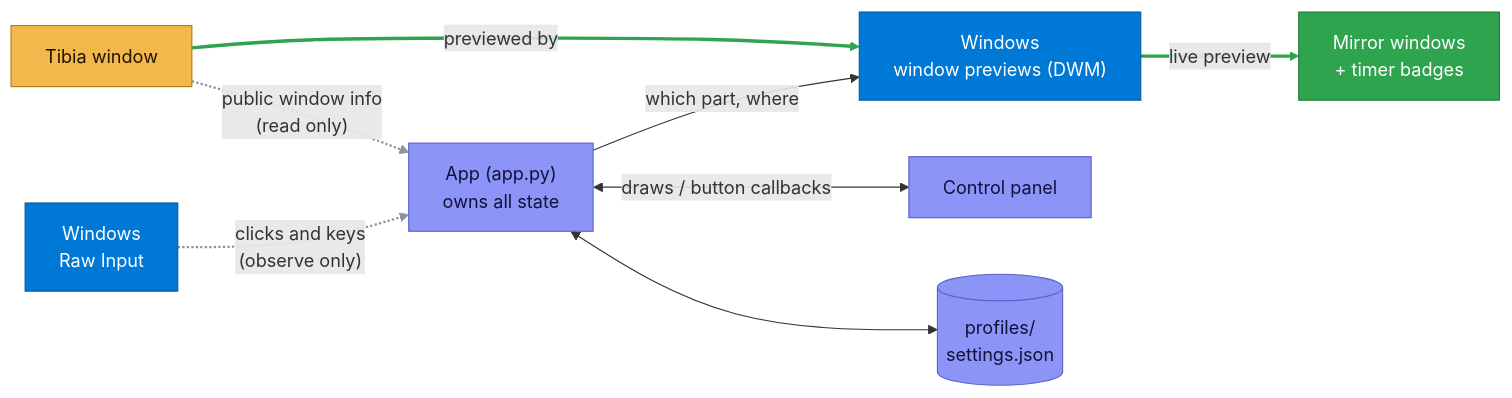
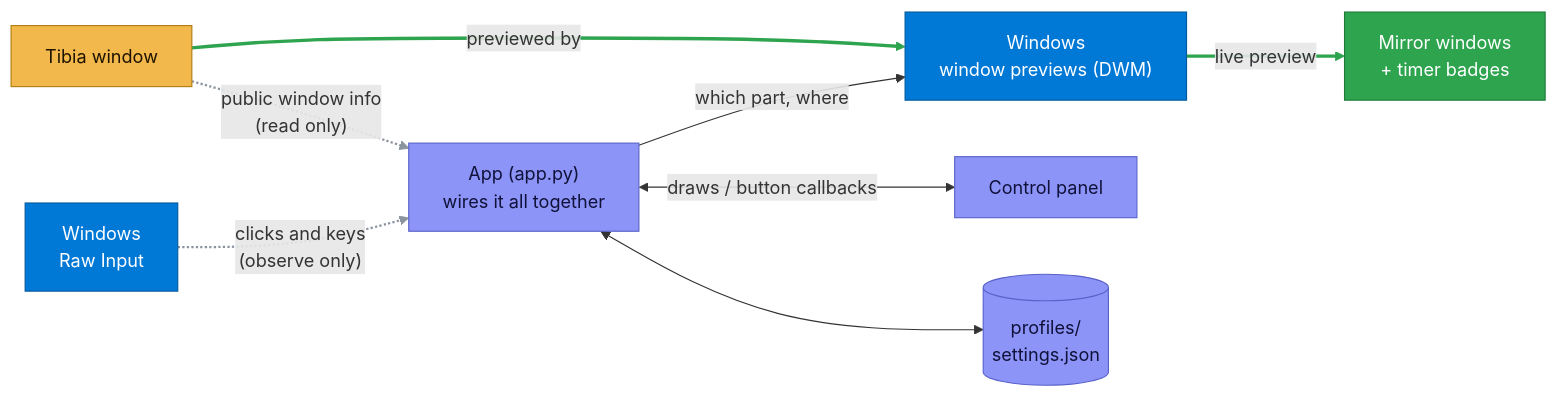
Before and after one commit to micky-mirror/tibia-mirror: the diagram in docs/architecture.md, drawn with Mermaid. The commit also changed other lines of this file, not shown here.

Commit message:
Describe services and the import rule in the architecture doc

````diff
--- a/docs/architecture.md
+++ b/docs/architecture.md
@@ -8,22 +8,22 @@
 ```mermaid
 %%{init: {"themeCSS": "span.edgeLabel p { padding: 3px 7px; }"}}%%
 flowchart LR
     Tibia["Tibia window"] -->|"previewed by"| DWM["Windows<br>window previews (DWM)"]
     DWM -->|"live preview"| Mirrors["Mirror windows<br>+ timer badges"]
-    App["App (app.py)<br>owns all state"] -->|"which part, where"| DWM
+    App["App (app.py)<br>wires it all together"] -->|"which part, where"| DWM
     Tibia -.->|"public window info<br>(read only)"| App
     Raw["Windows<br>Raw Input"] -.->|"clicks and keys<br>(observe only)"| App
     App <-->|"draws / button callbacks"| Panel["Control panel"]
     App <--> Data[("profiles/<br>settings.json")]
 
     classDef game fill:#f2b84b,stroke:#b07d12,color:#1f1300
     classDef windows fill:#0078d6,stroke:#005a9e,color:#ffffff
     classDef app fill:#8c94f7,stroke:#5a62c9,color:#10123a
     classDef result fill:#2ea44f,stroke:#1f7a3a,color:#ffffff
     class Tibia game
     class DWM,Raw windows
     class App,Panel,Data app
     class Mirrors result
     linkStyle 0,1 stroke:#2ea44f,stroke-width:3px
     linkStyle 3,4 stroke:#8b949e,stroke-width:2px
 ```
````
